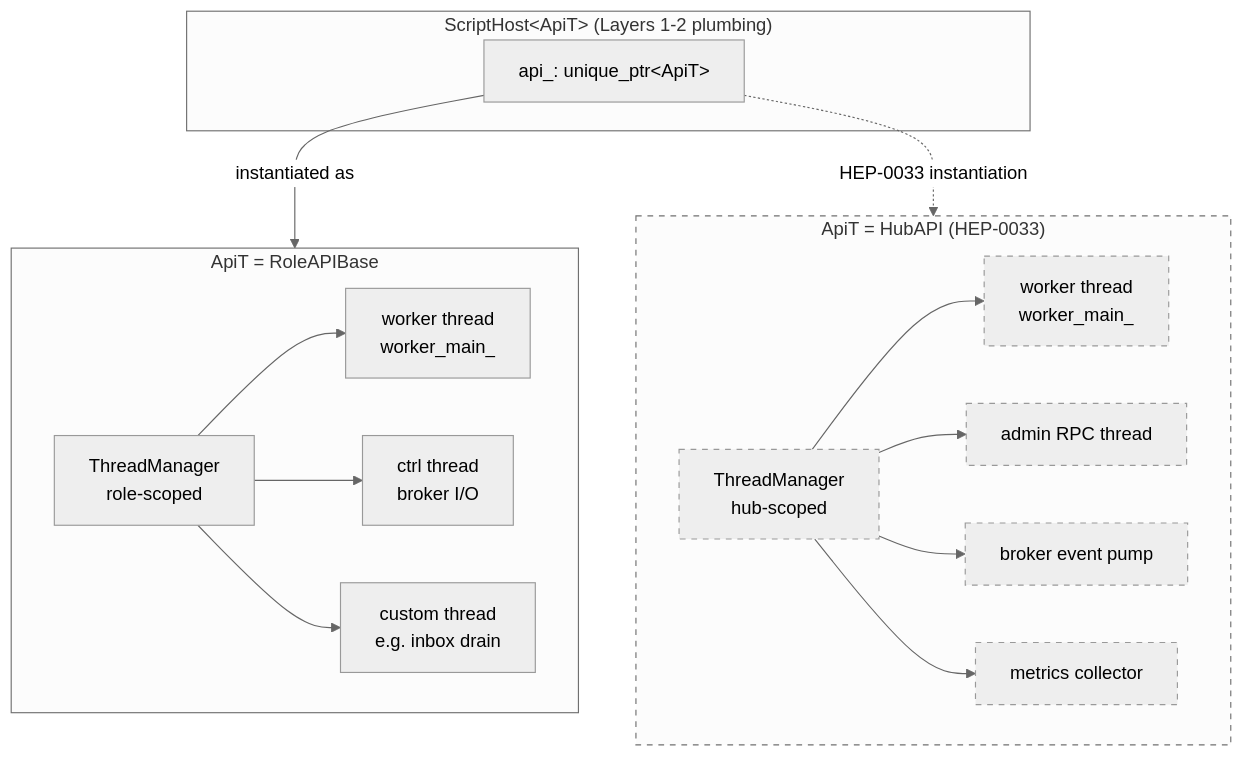
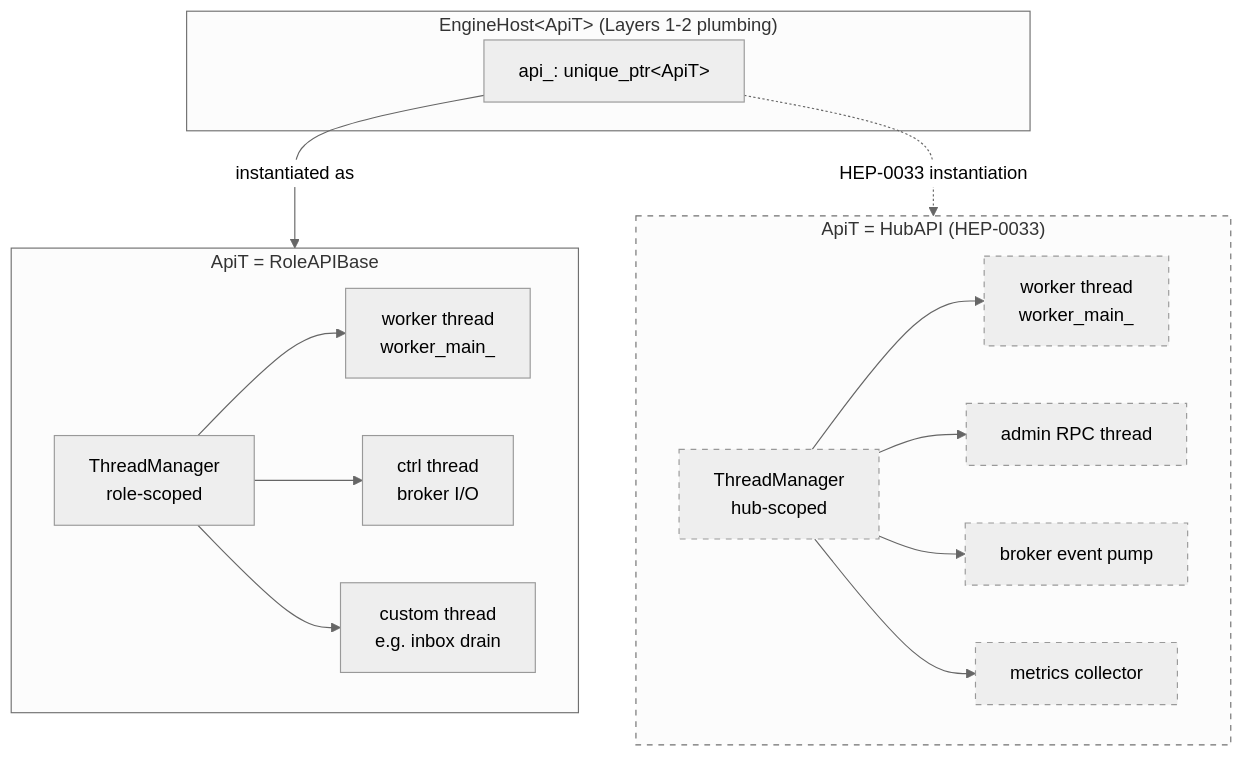
Before and after one commit to Qing-LAB/pylabhub: the fifth of 6 diagrams in docs/tech_draft/HUB_CHARACTER_PREREQUISITES.md, drawn with Mermaid (neutral theme). The commit also changed other lines of this file and 14 other files, not shown here.

````diff
--- a/docs/tech_draft/HUB_CHARACTER_PREREQUISITES.md
+++ b/docs/tech_draft/HUB_CHARACTER_PREREQUISITES.md
@@ -263,27 +263,27 @@
 ```mermaid
 flowchart TB
-    subgraph SH["ScriptHost&lt;ApiT&gt; (Layers 1-2 plumbing)"]
+    subgraph SH["EngineHost&lt;ApiT&gt; (Layers 1-2 plumbing)"]
         API["api_: unique_ptr&lt;ApiT&gt;"]
     end
     subgraph R[ApiT = RoleAPIBase]
         RTM[ThreadManager<br/>role-scoped]
         RTM --> WR[worker thread<br/>worker_main_]
         RTM --> CR[ctrl thread<br/>broker I/O]
         RTM --> XR[custom thread<br/>e.g. inbox drain]
     end
     subgraph H["ApiT = HubAPI (HEP-0033)"]
         HTM[ThreadManager<br/>hub-scoped]
         HTM --> WH[worker thread<br/>worker_main_]
         HTM --> AH[admin RPC thread]
         HTM --> EH[broker event pump]
         HTM --> MH[metrics collector]
     end
     API -- instantiated as --> R
     API -. HEP-0033 instantiation .-> H
     style H stroke-dasharray: 5 5
     style HTM stroke-dasharray: 5 5
     style WH stroke-dasharray: 5 5
     style AH stroke-dasharray: 5 5
     style EH stroke-dasharray: 5 5
     style MH stroke-dasharray: 5 5
 ```
````
